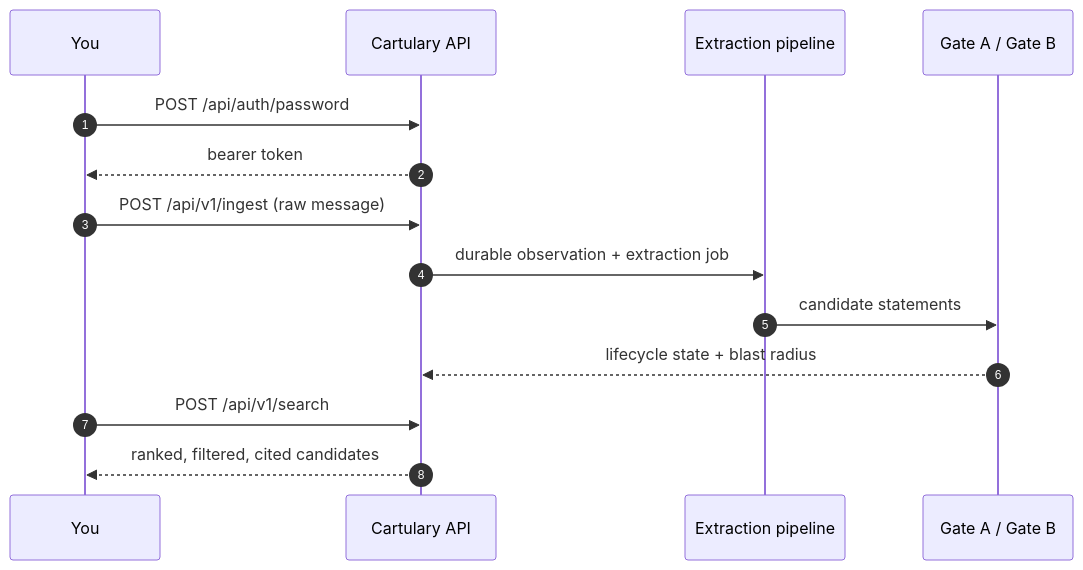
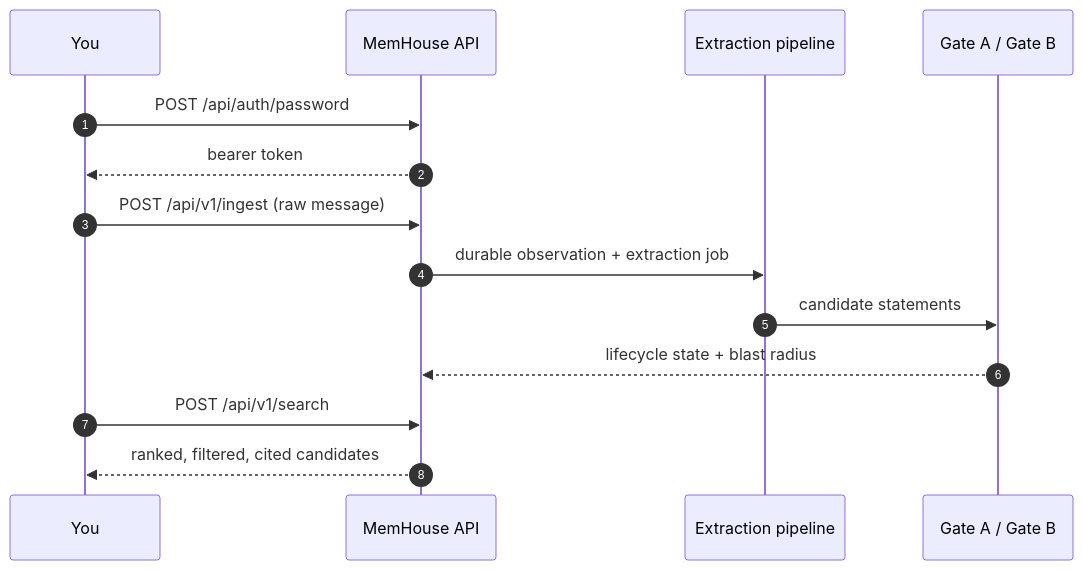
Before and after one commit to cartularyhq/cartulary: the diagram in docs/getting-started/quickstart.md, drawn with Mermaid. The commit also changed other lines of this file and 410 other files, not shown here.

Commit message:
rename to MemHouse

````diff
--- a/docs/getting-started/quickstart.md
+++ b/docs/getting-started/quickstart.md
@@ -10,16 +10,16 @@
 ```mermaid
 sequenceDiagram
     autonumber
     participant You
-    participant API as Cartulary API
+    participant API as MemHouse API
     participant Pipe as Extraction pipeline
     participant Gate as Gate A / Gate B
     You->>API: POST /api/auth/password
     API-->>You: bearer token
     You->>API: POST /api/v1/ingest (raw message)
     API->>Pipe: durable observation + extraction job
     Pipe->>Gate: candidate statements
     Gate-->>API: lifecycle state + blast radius
     You->>API: POST /api/v1/search
     API-->>You: ranked, filtered, cited candidates
 ```
````
